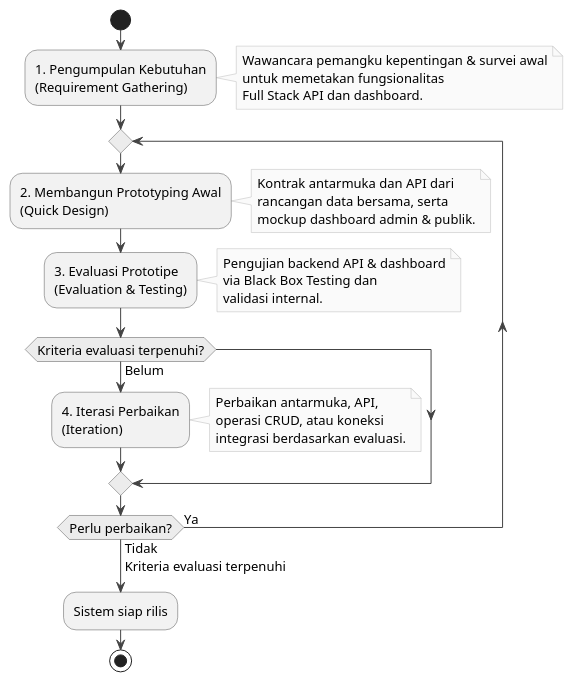
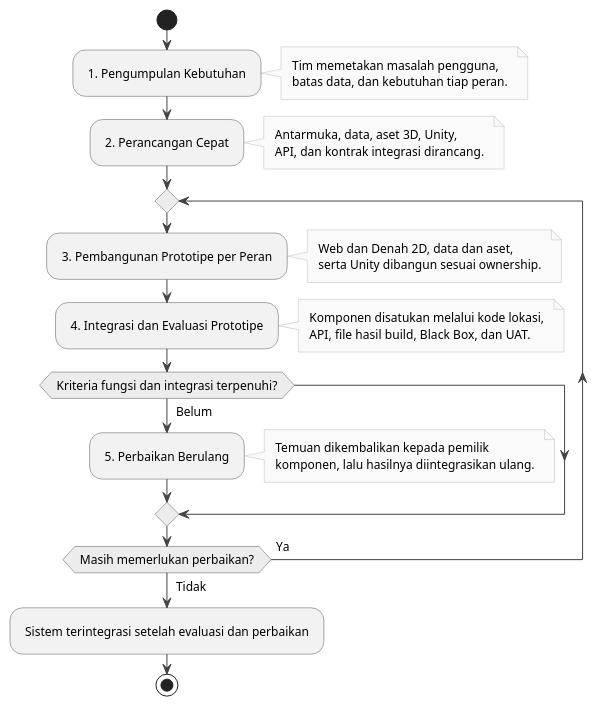
Before and after one commit to Jokskuyy/workflow-ta-proyek: the diagram in diagrams/gambar-2.10-tahap-pengembangan.puml, drawn with PlantUML. The commit also changed 372 other files, not shown here.

```diff
--- a/diagrams/gambar-2.10-tahap-pengembangan.puml
+++ b/diagrams/gambar-2.10-tahap-pengembangan.puml
@@ -1,57 +1,60 @@
 @startuml gambar-2-10-tahap-pengembangan
-' Gambar 2.10 - Tahap Pengembangan (Model Prototyping, iteratif)
+' Tahapan Metode Prototyping pada Pengembangan Sistem
 ' Sumber: BAB II - 2.3.1 Rencana Pengembangan
 
 skinparam backgroundColor #FFFFFF
 skinparam shadowing false
-skinparam defaultFontName "Segoe UI"
-skinparam defaultFontSize 13
+skinparam defaultFontName "Times New Roman"
+skinparam defaultFontSize 12
 skinparam ArrowColor #444444
+skinparam linetype ortho
+skinparam nodesep 14
+skinparam ranksep 20
+skinparam Padding 5
 skinparam ActivityBorderColor #555555
 skinparam ActivityBackgroundColor #F2F2F2
 skinparam ActivityDiamondBackgroundColor #ECECEC
 skinparam ActivityDiamondBorderColor #555555
 skinparam NoteBackgroundColor #FAFAFA
 skinparam NoteBorderColor #BBBBBB
 
-
 start
 
-:1. Pengumpulan Kebutuhan\n(Requirement Gathering);
+:1. Pengumpulan Kebutuhan;
 note right
-  Wawancara pemangku kepentingan & survei awal
-  untuk memetakan fungsionalitas
-  Full Stack API dan dashboard.
+  Tim memetakan masalah pengguna,
+  batas data, dan kebutuhan tiap peran.
+end note
+
+:2. Perancangan Cepat;
+note right
+  Antarmuka, data, aset 3D, Unity,
+  API, dan kontrak integrasi dirancang.
 end note
 
 repeat
-  :2. Membangun Prototyping Awal\n(Quick Design);
+  :3. Pembangunan Prototipe per Peran;
   note right
-    Kontrak antarmuka dan API dari
-    rancangan data bersama, serta
-    mockup dashboard admin & publik.
+    Web dan Denah 2D, data dan aset,
+    serta Unity dibangun sesuai ownership.
   end note
 
-  :3. Evaluasi Prototipe\n(Evaluation & Testing);
+  :4. Integrasi dan Evaluasi Prototipe;
   note right
-    Pengujian backend API & dashboard
-    via Black Box Testing dan
-    validasi internal.
+    Komponen disatukan melalui kode lokasi,
+    API, file hasil build, Black Box, dan UAT.
   end note
 
-  if (Kriteria evaluasi terpenuhi?) then (Belum)
-    :4. Iterasi Perbaikan\n(Iteration);
+  if (Kriteria fungsi dan integrasi terpenuhi?) then (Belum)
+    :5. Perbaikan Berulang;
     note right
-      Perbaikan antarmuka, API,
-      operasi CRUD, atau koneksi
-      integrasi berdasarkan evaluasi.
+      Temuan dikembalikan kepada pemilik
+      komponen, lalu hasilnya diintegrasikan ulang.
     end note
   endif
-repeat while (Perlu perbaikan?) is (Ya) not (Tidak)
-->Kriteria evaluasi terpenuhi;
+repeat while (Masih memerlukan perbaikan?) is (Ya) not (Tidak)
 
-:Sistem siap rilis;
-
+:Sistem terintegrasi setelah evaluasi dan perbaikan;
 stop
 
 @enduml
```
